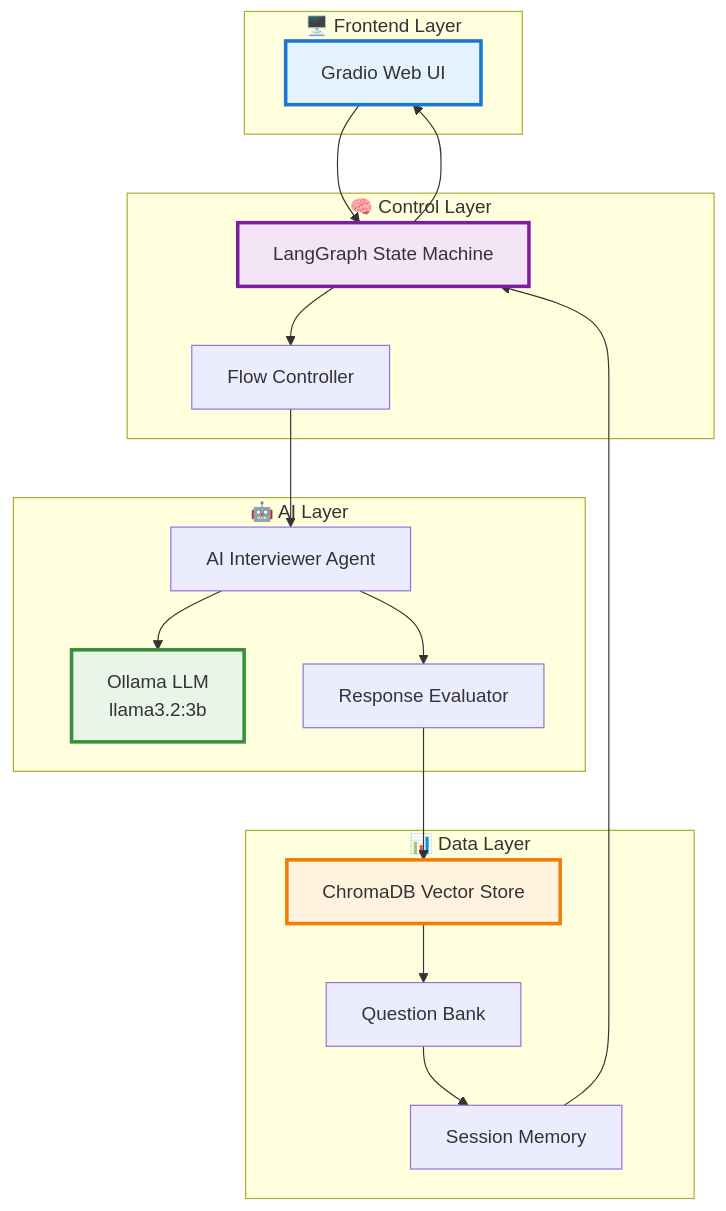
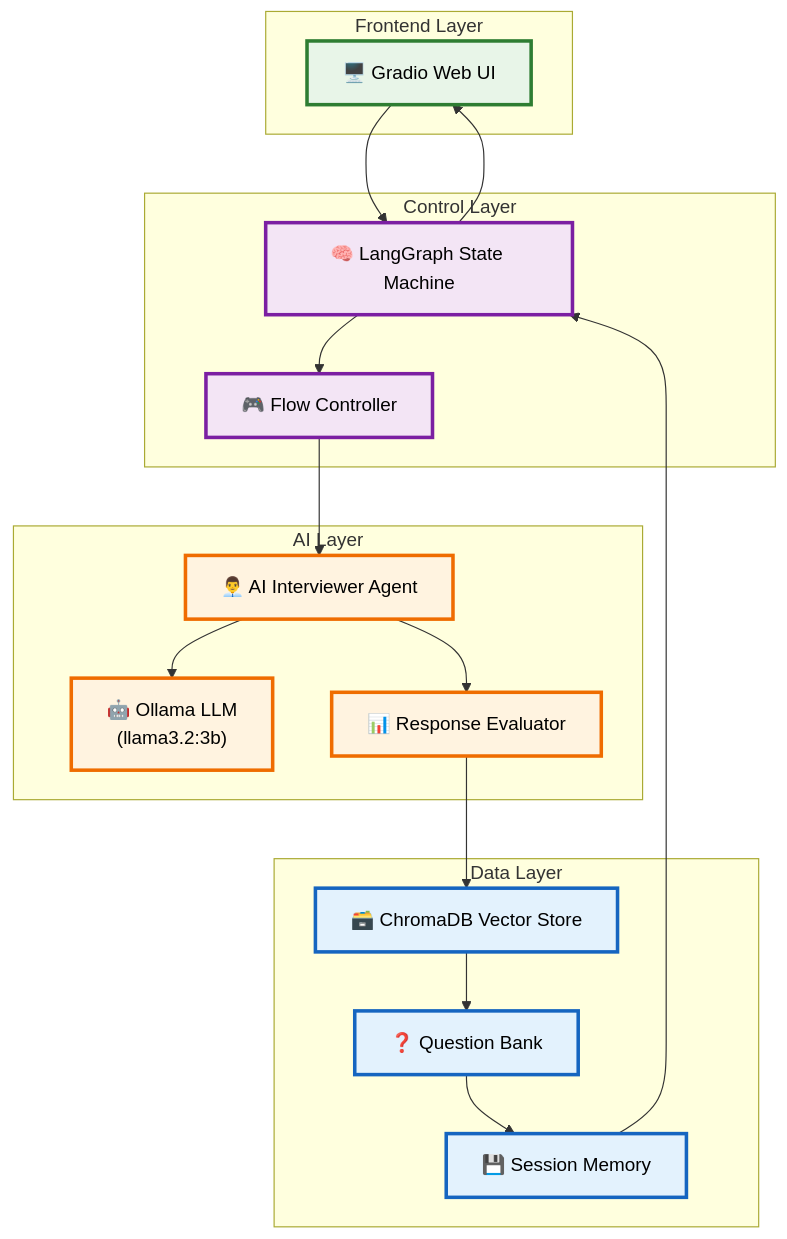
One commit to VIKAS9793/ai-interviewer-langchain changed the first of 4 diagrams in README.md. Above: the diagram before and after it, drawn with Mermaid. The commit also changed other lines of this file, not shown here.

First line of the commit message:
fix: improve Mermaid diagram visibility and contrast in README

````diff
--- a/README.md
+++ b/README.md
@@ -220,39 +220,44 @@
 ```mermaid
 graph TB
-    subgraph "🖥️ Frontend Layer"
-        A[Gradio Web UI]
+    subgraph "Frontend Layer"
+        A["🖥️ Gradio Web UI"]
     end
     
-    subgraph "🧠 Control Layer" 
-        B[LangGraph State Machine]
-        C[Flow Controller]
+    subgraph "Control Layer" 
+        B["🧠 LangGraph State Machine"]
+        C["🎮 Flow Controller"]
     end
     
-    subgraph "🤖 AI Layer"
-        D[Ollama LLM<br/>llama3.2:3b]
-        E[AI Interviewer Agent]
-        F[Response Evaluator]
+    subgraph "AI Layer"
+        D["🤖 Ollama LLM<br/>(llama3.2:3b)"]
+        E["👨‍💼 AI Interviewer Agent"]
+        F["📊 Response Evaluator"]
     end
     
-    subgraph "📊 Data Layer"
-        G[ChromaDB Vector Store]
-        H[Question Bank]
-        I[Session Memory]
+    subgraph "Data Layer"
+        G["🗃️ ChromaDB Vector Store"]
+        H["❓ Question Bank"]
+        I["💾 Session Memory"]
     end
     
     A --> B
     B --> C
     C --> E
     E --> D
     E --> F
     F --> G
     G --> H
     H --> I
     I --> B
     B --> A
     
-    style A fill:#e3f2fd,stroke:#1976d2,stroke-width:3px
-    style B fill:#f3e5f5,stroke:#7b1fa2,stroke-width:3px  
-    style D fill:#e8f5e8,stroke:#388e3c,stroke-width:3px
-    style G fill:#fff3e0,stroke:#f57c00,stroke-width:3px
+    classDef frontend fill:#e8f5e8,stroke:#2e7d32,stroke-width:3px,color:#000000
+    classDef control fill:#f3e5f5,stroke:#7b1fa2,stroke-width:3px,color:#000000
+    classDef ai fill:#fff3e0,stroke:#ef6c00,stroke-width:3px,color:#000000
+    classDef data fill:#e3f2fd,stroke:#1565c0,stroke-width:3px,color:#000000
+    
+    class A frontend
+    class B,C control
+    class D,E,F ai
+    class G,H,I data
 ```
````
